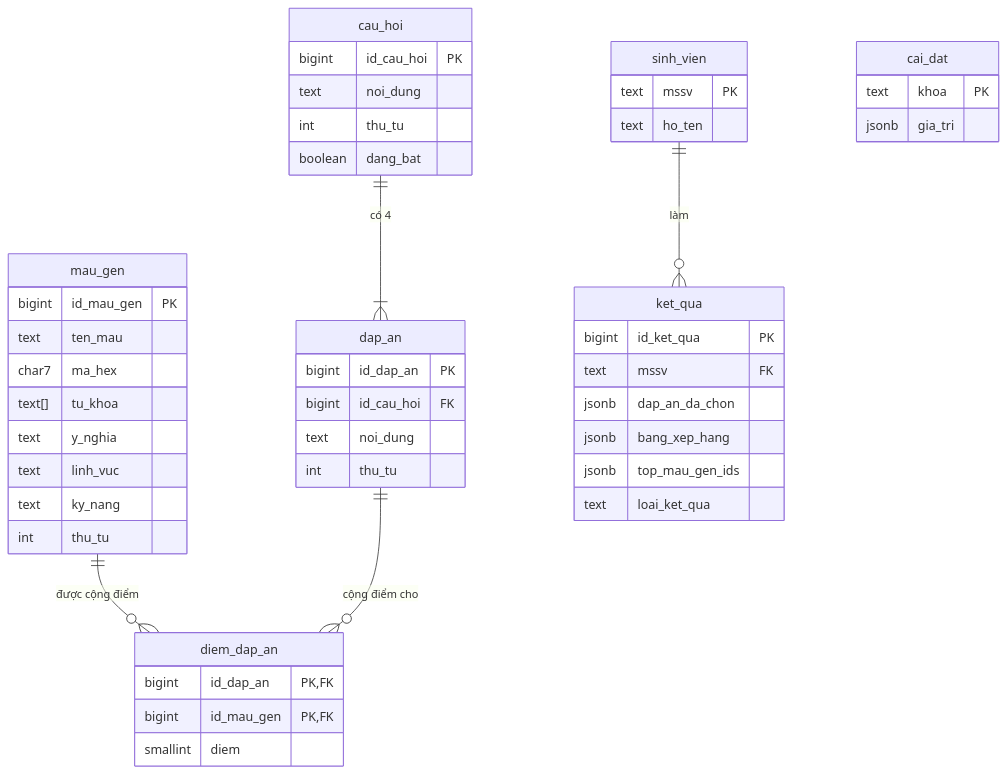
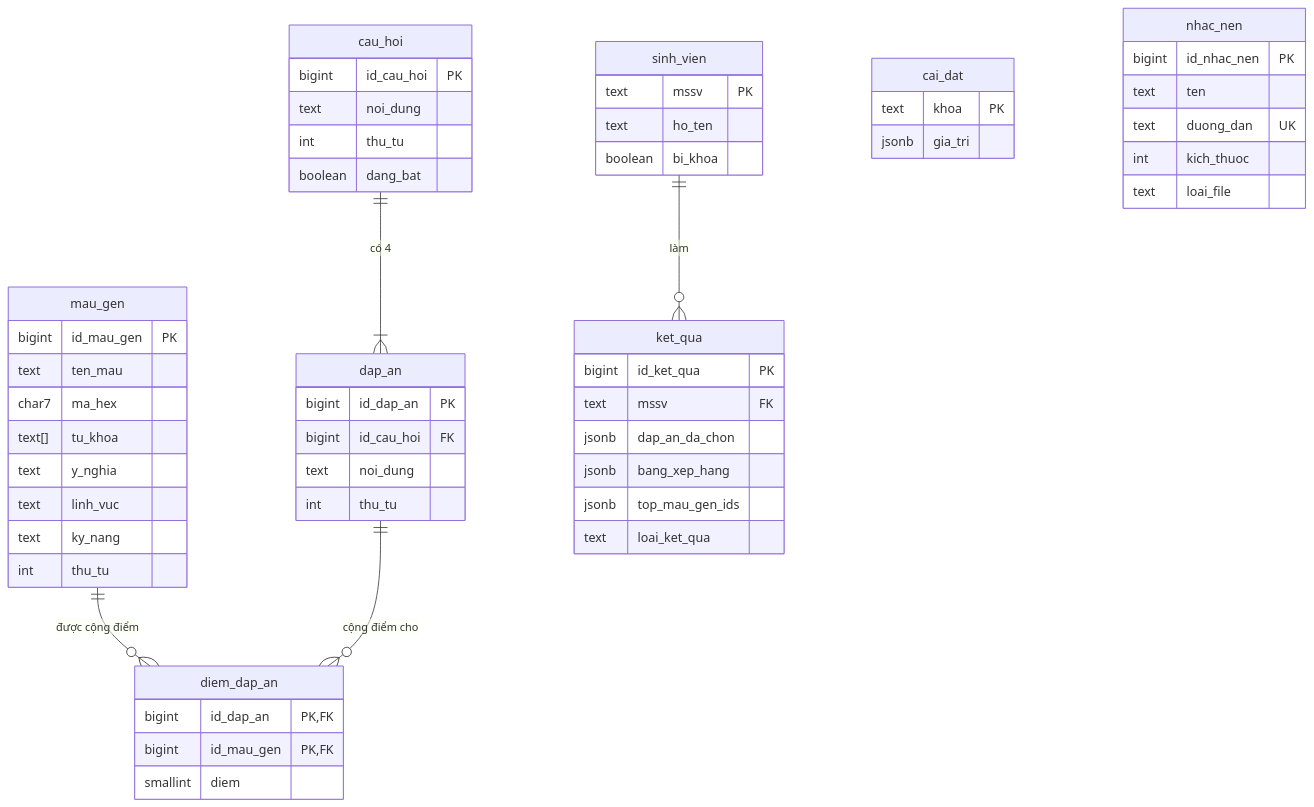
One commit to huuluan186/ir-dna-find-your-color changed the diagram in .ai/system/thiet_ke_csdl.md. Above: the diagram before and after it, drawn with Mermaid. The commit also changed other lines of this file and 62 other files, not shown here.

````diff
--- a/.ai/system/thiet_ke_csdl.md
+++ b/.ai/system/thiet_ke_csdl.md
@@ -21,51 +22,59 @@
 ```mermaid
 erDiagram
 	mau_gen ||--o{ diem_dap_an : "được cộng điểm"
 	cau_hoi ||--|{ dap_an : "có 4"
 	dap_an ||--o{ diem_dap_an : "cộng điểm cho"
 	sinh_vien ||--o{ ket_qua : "làm"
 
 	mau_gen {
 		bigint id_mau_gen PK
 		text ten_mau
 		char7 ma_hex
 		text[] tu_khoa
 		text y_nghia
 		text linh_vuc
 		text ky_nang
 		int thu_tu
 	}
 	cau_hoi {
 		bigint id_cau_hoi PK
 		text noi_dung
 		int thu_tu
 		boolean dang_bat
 	}
 	dap_an {
 		bigint id_dap_an PK
 		bigint id_cau_hoi FK
 		text noi_dung
 		int thu_tu
 	}
 	diem_dap_an {
 		bigint id_dap_an PK,FK
 		bigint id_mau_gen PK,FK
 		smallint diem
 	}
 	sinh_vien {
 		text mssv PK
 		text ho_ten
+		boolean bi_khoa
 	}
 	ket_qua {
 		bigint id_ket_qua PK
 		text mssv FK
 		jsonb dap_an_da_chon
 		jsonb bang_xep_hang
 		jsonb top_mau_gen_ids
 		text loai_ket_qua
 	}
 	cai_dat {
 		text khoa PK
 		jsonb gia_tri
 	}
+	nhac_nen {
+		bigint id_nhac_nen PK
+		text ten
+		text duong_dan UK
+		int kich_thuoc
+		text loai_file
+	}
 ```
````
